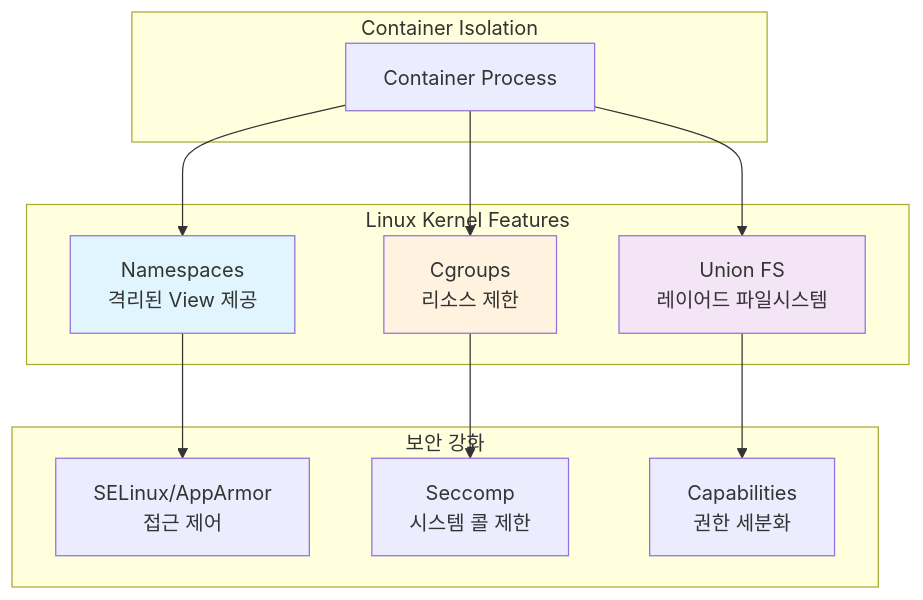
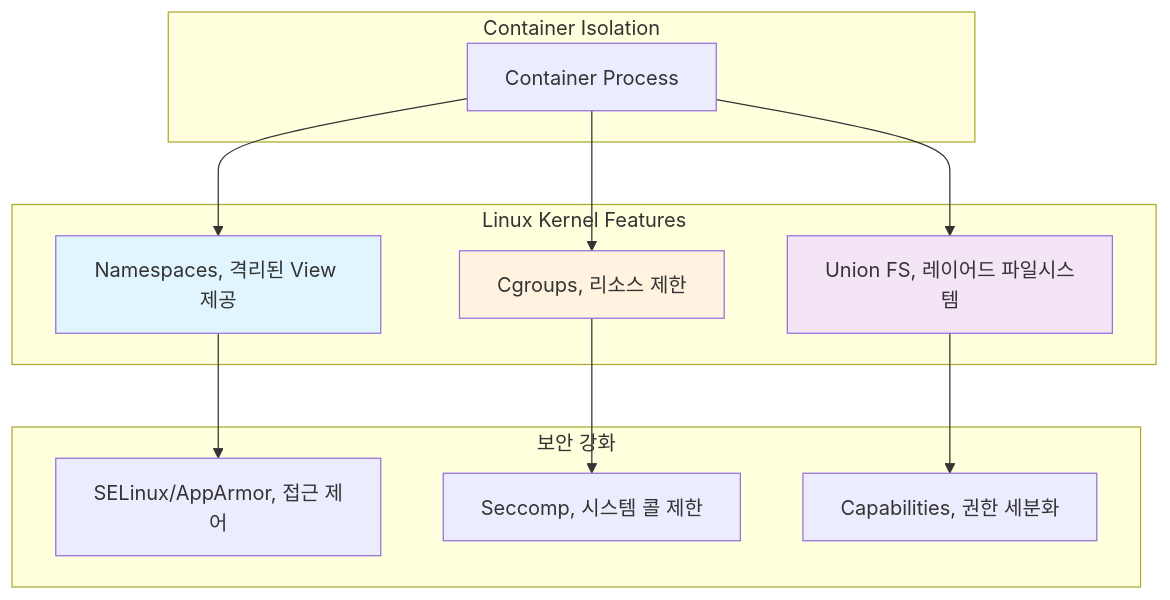
One commit to choru-k/choru-wiki changed the diagram in docs/cs/guide/chapter-12-container-kubernetes/01-container-internals.md. Above: the diagram before and after it, drawn with Mermaid. The commit also changed other lines of this file and 3 other files, not shown here.

````diff
--- a/docs/cs/guide/chapter-12-container-kubernetes/01-container-internals.md
+++ b/docs/cs/guide/chapter-12-container-kubernetes/01-container-internals.md
@@ -58,30 +58,30 @@
 ```mermaid
 graph TD
     subgraph "Container Isolation"
         C[Container Process]
     end
     
     subgraph "Linux Kernel Features"
-        N[Namespaces<br/>격리된 View 제공]
-        CG[Cgroups<br/>리소스 제한]
-        UF[Union FS<br/>레이어드 파일시스템]
+        N[Namespaces, 격리된 View 제공]
+        CG[Cgroups, 리소스 제한]
+        UF[Union FS, 레이어드 파일시스템]
     end
     
     subgraph "보안 강화"
-        SE[SELinux/AppArmor<br/>접근 제어]
-        SC[Seccomp<br/>시스템 콜 제한]
-        CAP[Capabilities<br/>권한 세분화]
+        SE[SELinux/AppArmor, 접근 제어]
+        SC[Seccomp, 시스템 콜 제한]
+        CAP[Capabilities, 권한 세분화]
     end
     
     C --> N
     C --> CG
     C --> UF
     
     N --> SE
     CG --> SC
     UF --> CAP
     
     style N fill:#e1f5fe
     style CG fill:#fff3e0
     style UF fill:#f3e5f5
 ```
````
